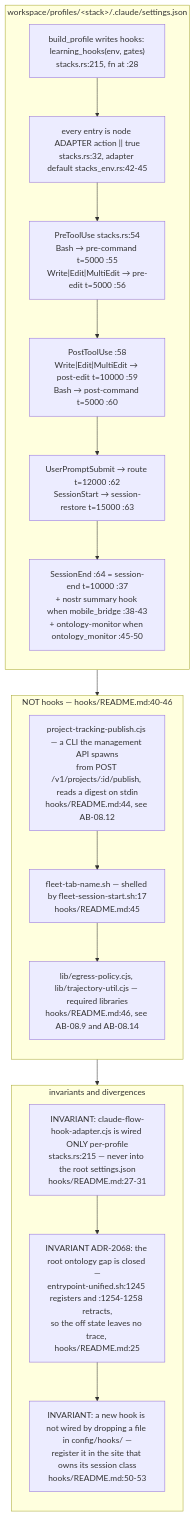
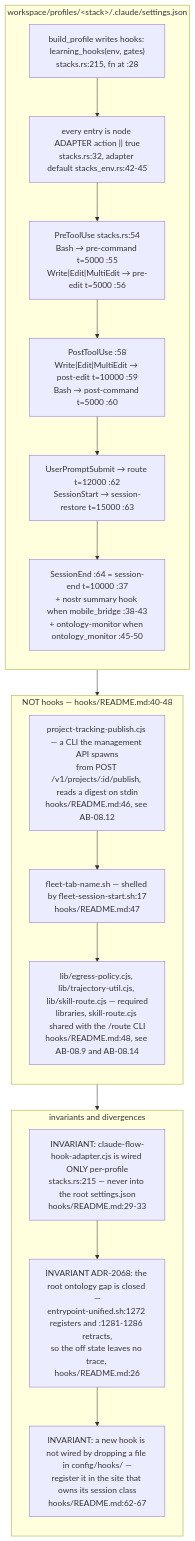
Before and after one commit to DreamLab-AI/VisionFlow: the second of 15 diagrams in docs/diagrams/agentbox/08-hooks-pipeline.md, drawn with Mermaid. The commit also changed other lines of this file and 28 other files, not shown here.

````diff
--- a/docs/diagrams/agentbox/08-hooks-pipeline.md
+++ b/docs/diagrams/agentbox/08-hooks-pipeline.md
@@ -101,28 +104,28 @@
 ```mermaid
 flowchart TB
     subgraph PP["workspace/profiles/#60;stack#62;/.claude/settings.json"]
     direction TB
     P0["build_profile writes hooks: learning_hooks#40;env, gates#41;<br/>stacks.rs:215, fn at :28"]
     P1["every entry is node ADAPTER action #124;#124; true<br/>stacks.rs:32, adapter default stacks_env.rs:42-45"]
     P2["PreToolUse stacks.rs:54<br/>Bash → pre-command t=5000 :55<br/>Write#124;Edit#124;MultiEdit → pre-edit t=5000 :56"]
     P3["PostToolUse :58<br/>Write#124;Edit#124;MultiEdit → post-edit t=10000 :59<br/>Bash → post-command t=5000 :60"]
     P4["UserPromptSubmit → route t=12000 :62<br/>SessionStart → session-restore t=15000 :63"]
     P5["SessionEnd :64 = session-end t=10000 :37<br/>+ nostr summary hook when mobile_bridge :38-43<br/>+ ontology-monitor when ontology_monitor :45-50"]
     P0 --> P1 --> P2 --> P3 --> P4 --> P5
     end
-    subgraph NOT["NOT hooks — hooks/README.md:40-46"]
+    subgraph NOT["NOT hooks — hooks/README.md:40-48"]
     direction TB
-    N1["project-tracking-publish.cjs — a CLI the management API spawns<br/>from POST /v1/projects/:id/publish, reads a digest on stdin<br/>hooks/README.md:44, see AB-08.12"]
-    N2["fleet-tab-name.sh — shelled by fleet-session-start.sh:17<br/>hooks/README.md:45"]
-    N3["lib/egress-policy.cjs, lib/trajectory-util.cjs — required libraries<br/>hooks/README.md:46, see AB-08.9 and AB-08.14"]
+    N1["project-tracking-publish.cjs — a CLI the management API spawns<br/>from POST /v1/projects/:id/publish, reads a digest on stdin<br/>hooks/README.md:46, see AB-08.12"]
+    N2["fleet-tab-name.sh — shelled by fleet-session-start.sh:17<br/>hooks/README.md:47"]
+    N3["lib/egress-policy.cjs, lib/trajectory-util.cjs, lib/skill-route.cjs — required<br/>libraries, skill-route.cjs shared with the /route CLI<br/>hooks/README.md:48, see AB-08.9 and AB-08.14"]
     N1 --> N2 --> N3
     end
     subgraph INV["invariants and divergences"]
     direction TB
-    I1["INVARIANT: claude-flow-hook-adapter.cjs is wired ONLY per-profile<br/>stacks.rs:215 — never into the root settings.json<br/>hooks/README.md:27-31"]
-    I2["INVARIANT ADR-2068: the root ontology gap is closed —<br/>entrypoint-unified.sh:1245 registers and :1254-1258 retracts,<br/>so the off state leaves no trace, hooks/README.md:25"]
-    I3["INVARIANT: a new hook is not wired by dropping a file in config/hooks/ —<br/>register it in the site that owns its session class<br/>hooks/README.md:50-53"]
+    I1["INVARIANT: claude-flow-hook-adapter.cjs is wired ONLY per-profile<br/>stacks.rs:215 — never into the root settings.json<br/>hooks/README.md:29-33"]
+    I2["INVARIANT ADR-2068: the root ontology gap is closed —<br/>entrypoint-unified.sh:1272 registers and :1281-1286 retracts,<br/>so the off state leaves no trace, hooks/README.md:26"]
+    I3["INVARIANT: a new hook is not wired by dropping a file in config/hooks/ —<br/>register it in the site that owns its session class<br/>hooks/README.md:62-67"]
     I1 --> I2 --> I3
     end
     PP --> NOT --> INV
 ```
````
